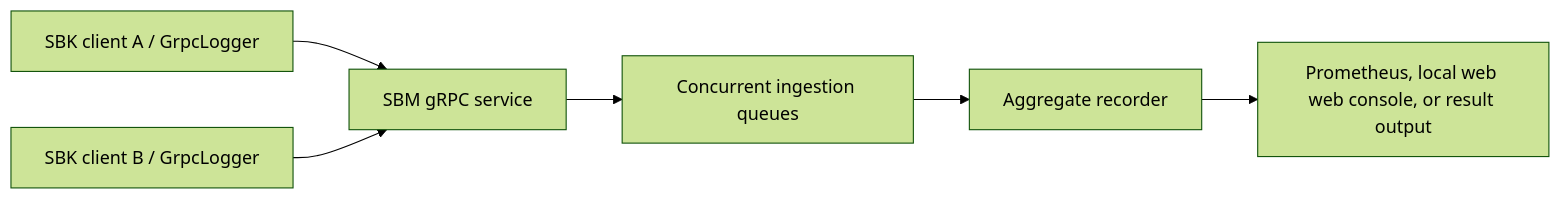
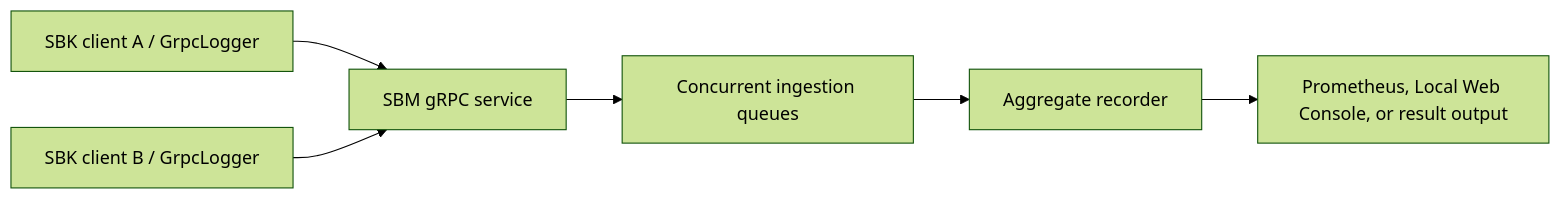
The diagram in sbm/README.md (kmgowda/SBK), drawn with Mermaid (forest theme) before and after one commit. The commit also changed other lines of this file and 2 other files, not shown here.

Commit message:
Address Local Web Console review feedback

````diff
--- a/sbm/README.md
+++ b/sbm/README.md
@@ -35,8 +35,8 @@
 ```mermaid
 flowchart LR
     A[SBK client A / GrpcLogger] --> G[SBM gRPC service]
     B[SBK client B / GrpcLogger] --> G
     G --> Q[Concurrent ingestion queues]
     Q --> R[Aggregate recorder]
-    R --> O[Prometheus, local web web console, or result output]
+    R --> O[Prometheus, Local Web Console, or result output]
 ```
````
